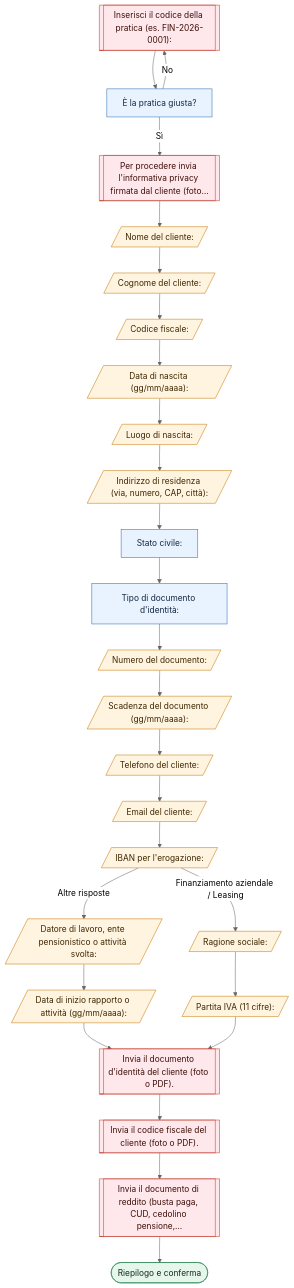
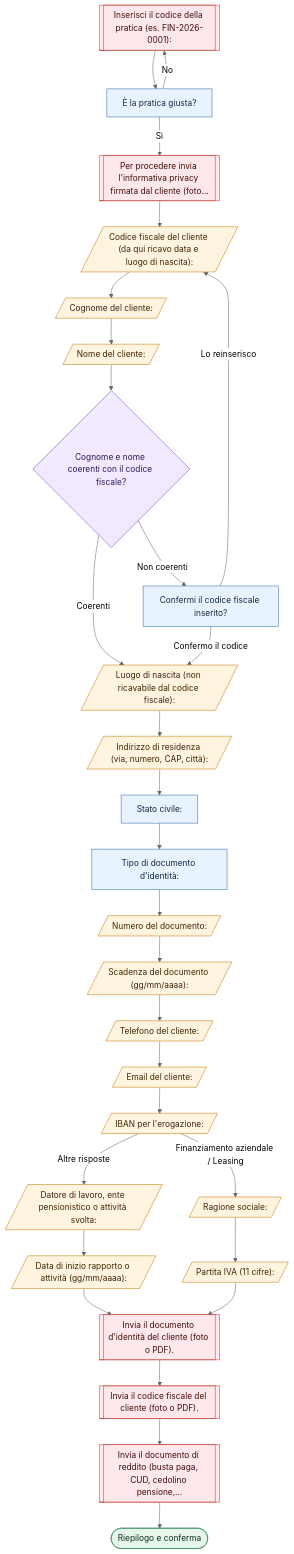
The diagram in docs/finanziamento-perfezionamento.mmd (Meo-ICAR/twillio), drawn with Mermaid (neutral theme) before and after one commit. The commit also changed 13 other files, not shown here.

Commit message:
feat: perfezionamento parte dal codice fiscale, verifica cognome/nome e segnala le difformità in istruttoria

```diff
--- a/docs/finanziamento-perfezionamento.mmd
+++ b/docs/finanziamento-perfezionamento.mmd
@@ -1,60 +1,66 @@
 flowchart TD
     codice[["Inserisci il codice della pratica (es. FIN-2026-0001):"]]
     conferma_pratica["È la pratica giusta?"]
     informativa[["Per procedere invia l#39;informativa privacy firmata dal cliente (foto…"]]
+    codice_fiscale[/"Codice fiscale del cliente (da qui ricavo data e luogo di nascita):"/]
+    cognome[/"Cognome del cliente:"/]
     nome[/"Nome del cliente:"/]
-    cognome[/"Cognome del cliente:"/]
-    codice_fiscale[/"Codice fiscale:"/]
-    data_nascita[/"Data di nascita (gg/mm/aaaa):"/]
-    luogo_nascita[/"Luogo di nascita:"/]
+    verifica_cf{"Cognome e nome coerenti con il codice fiscale?"}
+    conferma_cf["Confermi il codice fiscale inserito?"]
+    luogo_nascita[/"Luogo di nascita (non ricavabile dal codice fiscale):"/]
     residenza[/"Indirizzo di residenza (via, numero, CAP, città):"/]
     stato_civile["Stato civile:"]
     documento_tipo["Tipo di documento d#39;identità:"]
     documento_numero[/"Numero del documento:"/]
     documento_scadenza[/"Scadenza del documento (gg/mm/aaaa):"/]
     telefono[/"Telefono del cliente:"/]
     email[/"Email del cliente:"/]
     iban[/"IBAN per l#39;erogazione:"/]
     datore_lavoro[/"Datore di lavoro, ente pensionistico o attività svolta:"/]
     data_assunzione[/"Data di inizio rapporto o attività (gg/mm/aaaa):"/]
     ragione_sociale[/"Ragione sociale:"/]
     partita_iva[/"Partita IVA (11 cifre):"/]
     doc_identita[["Invia il documento d#39;identità del cliente (foto o PDF)."]]
     doc_cf[["Invia il codice fiscale del cliente (foto o PDF)."]]
     doc_reddito[["Invia il documento di reddito (busta paga, CUD, cedolino pensione,…"]]
     riepilogo_p(["Riepilogo e conferma"])
     codice --> conferma_pratica
     conferma_pratica -->|"Sì"| informativa
     conferma_pratica -->|"No"| codice
-    informativa --> nome
-    nome --> cognome
-    cognome --> codice_fiscale
-    codice_fiscale --> data_nascita
-    data_nascita --> luogo_nascita
+    informativa --> codice_fiscale
+    codice_fiscale --> cognome
+    cognome --> nome
+    nome --> verifica_cf
+    verifica_cf -->|"Coerenti"| luogo_nascita
+    verifica_cf -->|"Non coerenti"| conferma_cf
+    conferma_cf -->|"Confermo il codice"| luogo_nascita
+    conferma_cf -->|"Lo reinserisco"| codice_fiscale
     luogo_nascita --> residenza
     residenza --> stato_civile
     stato_civile --> documento_tipo
     documento_tipo --> documento_numero
     documento_numero --> documento_scadenza
     documento_scadenza --> telefono
     telefono --> email
     email --> iban
     iban -->|"Finanziamento aziendale / Leasing"| ragione_sociale
     iban -->|"Altre risposte"| datore_lavoro
     datore_lavoro --> data_assunzione
     data_assunzione --> doc_identita
     ragione_sociale --> partita_iva
     partita_iva --> doc_identita
     doc_identita --> doc_cf
     doc_cf --> doc_reddito
     doc_reddito --> riepilogo_p
     classDef choice fill:#e8f3ff,stroke:#2b6cb0,color:#12263f
     classDef text fill:#fff4e0,stroke:#c77700,color:#3d2600
     classDef file fill:#ffe8ec,stroke:#c0392b,color:#3d0e08
     classDef code fill:#ffe8ec,stroke:#c0392b,color:#3d0e08
     classDef summary fill:#e6f6ea,stroke:#2f855a,color:#0f2d1a
+    classDef check fill:#f0e9ff,stroke:#6b46c1,color:#2a1a52
     class codice code
-    class conferma_pratica,stato_civile,documento_tipo choice
+    class conferma_pratica,conferma_cf,stato_civile,documento_tipo choice
     class informativa,doc_identita,doc_cf,doc_reddito file
-    class nome,cognome,codice_fiscale,data_nascita,luogo_nascita,residenza,documento_numero,documento_scadenza,telefono,email,iban,datore_lavoro,data_assunzione,ragione_sociale,partita_iva text
+    class codice_fiscale,cognome,nome,luogo_nascita,residenza,documento_numero,documento_scadenza,telefono,email,iban,datore_lavoro,data_assunzione,ragione_sociale,partita_iva text
+    class verifica_cf check
     class riepilogo_p summary
```
